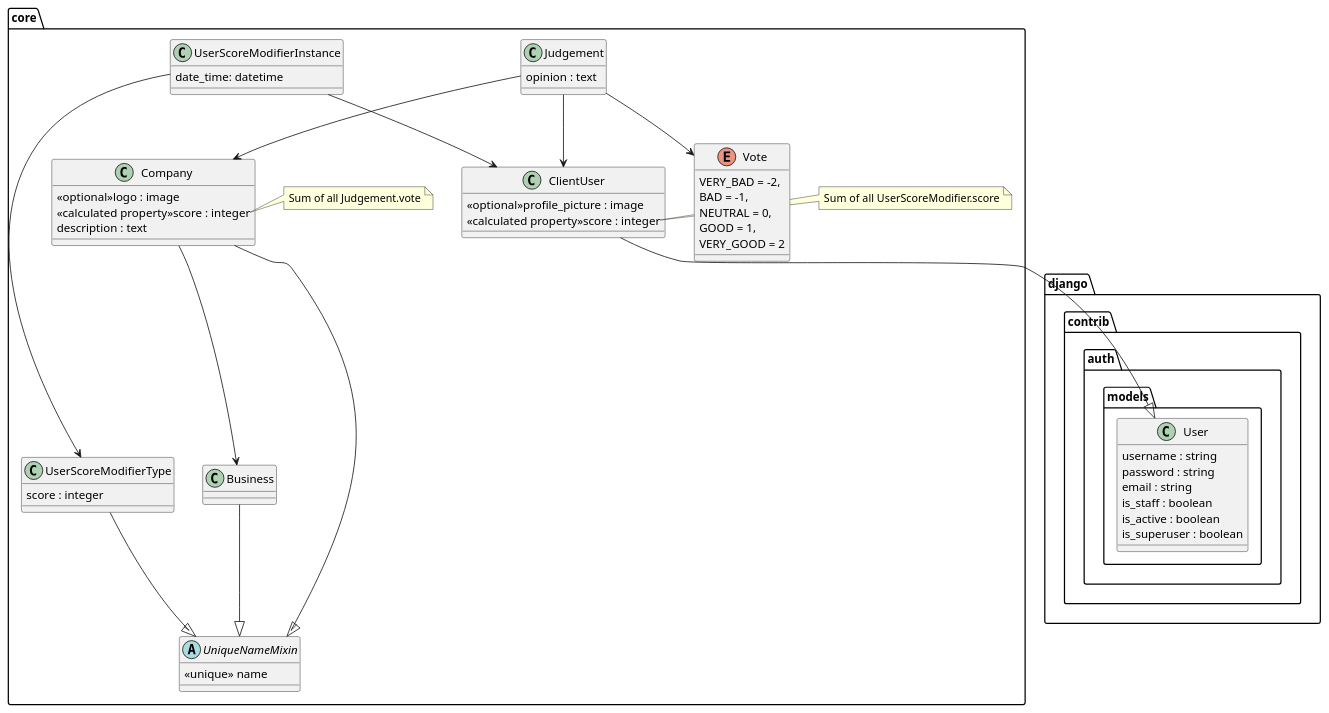
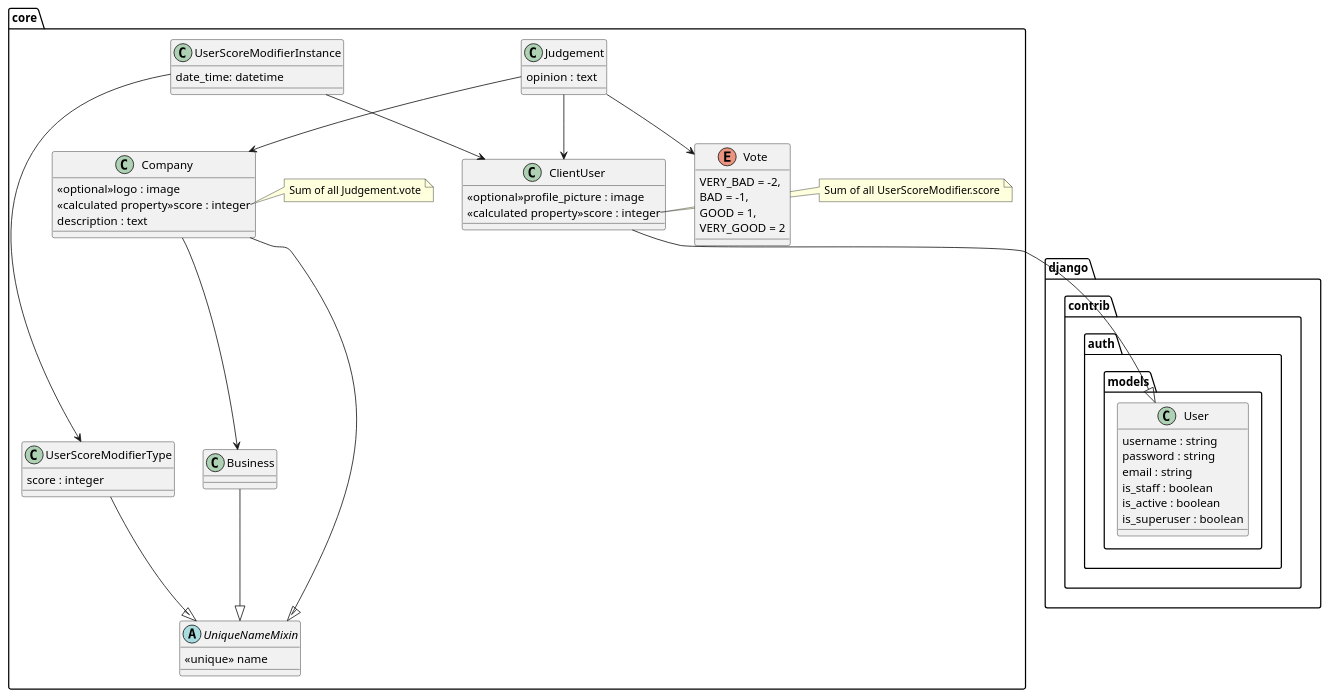
The diagram in documentation/modules_views/classes_diagrams/core.puml (alvaroscelza/Claims-and-Complaints), drawn with PlantUML before and after one commit. The commit also changed 1 other file, not shown here.

Commit message:
We don't need the neutral vote

```diff
--- a/documentation/modules_views/classes_diagrams/core.puml
+++ b/documentation/modules_views/classes_diagrams/core.puml
@@ -1,67 +1,66 @@
 @startuml core
     package django.contrib.auth.models <<Folder>> {
         class User {
             username : string
             password : string
             email : string
             is_staff : boolean
             is_active : boolean
             is_superuser : boolean
         }
     }
 
     package core <<Folder>> {
         abstract UniqueNameMixin {
             <<unique>> name
         }
 
         class Business
         Business --|> UniqueNameMixin
 
         class ClientUser {
             <<optional>>profile_picture : image
             <<calculated property>>score : integer
         }
         ClientUser --|> User
         note right of ClientUser::score
             Sum of all UserScoreModifier.score
         end note
 
         class Company {
             <<optional>>logo : image
             <<calculated property>>score : integer
             description : text
         }
         Company --|> UniqueNameMixin
         Company --> Business
         note right of Company::score
             Sum of all Judgement.vote
         end note
 
         enum Vote {
             VERY_BAD = -2,
             BAD = -1,
-            NEUTRAL = 0,
             GOOD = 1,
             VERY_GOOD = 2
         }
 
         class Judgement {
             opinion : text
         }
         Judgement --> Company
         Judgement --> ClientUser
         Judgement --> Vote
 
         class UserScoreModifierInstance {
             date_time: datetime
         }
         UserScoreModifierInstance --> ClientUser
         UserScoreModifierInstance --> UserScoreModifierType
 
         class UserScoreModifierType {
             score : integer
         }
         UserScoreModifierType --|> UniqueNameMixin
     }
 @enduml
```
